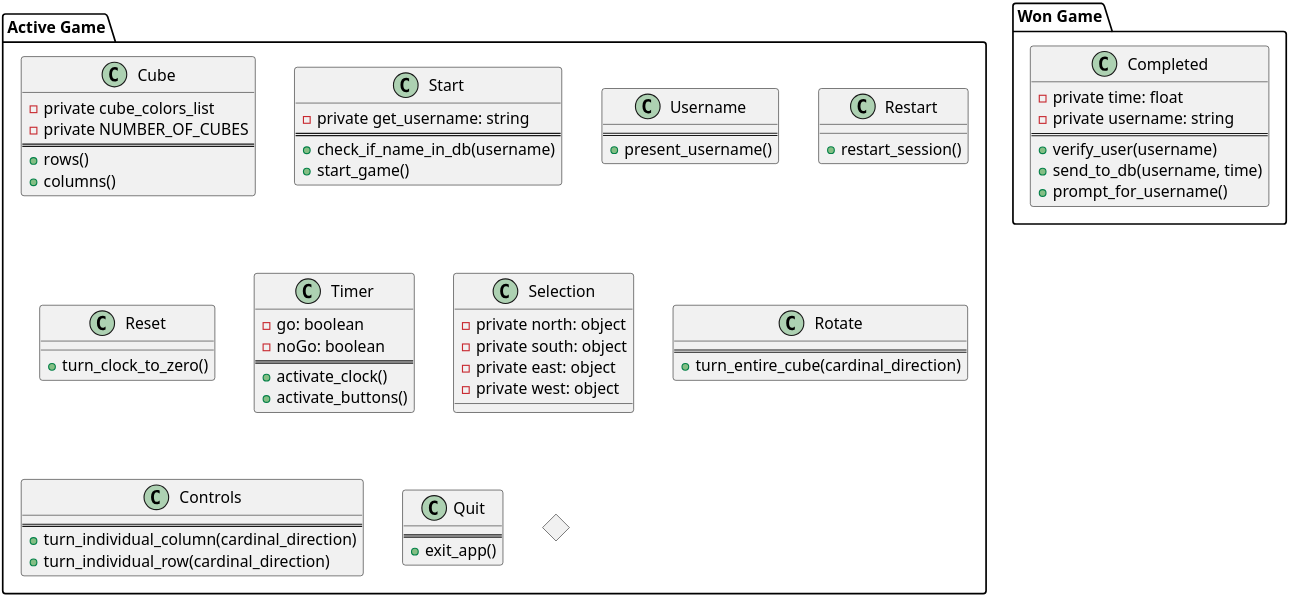
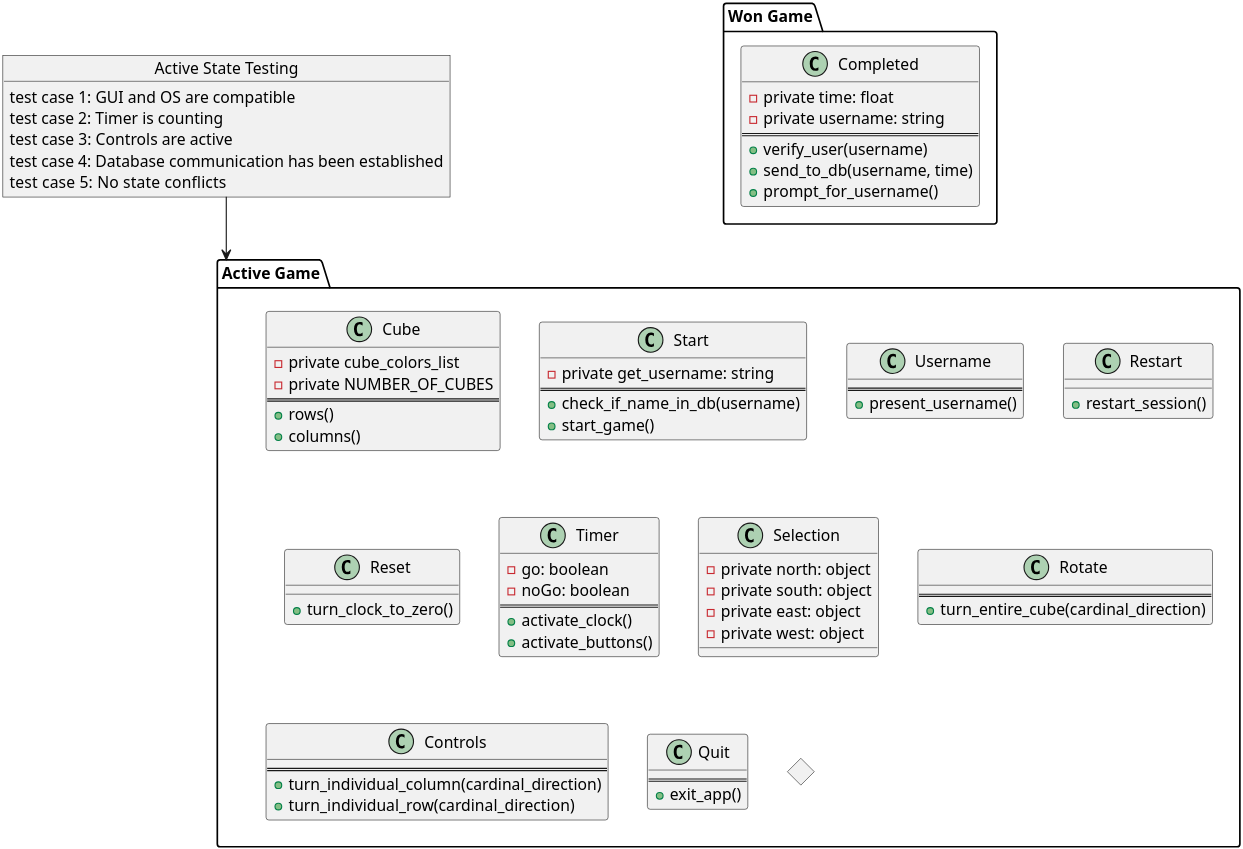
Before and after one commit to djhunter67/Softeare-Engineering-Rubiks-Cube: the third of 5 diagrams in rubiks_testing.org, drawn with PlantUML. The commit also changed other lines of this file and 12 other files, not shown here.

```diff
--- a/rubiks_testing.org
+++ b/rubiks_testing.org
@@ -198,73 +198,82 @@
 #+BEGIN_SRC plantuml :file game_testing.png
 
-         scale 600
+          scale 600
+        allowmixing
 
-         package "Active Game" as AG {
-            class Cube {
-                -private cube_colors_list
-                -private NUMBER_OF_CUBES
-   ==
-                 +rows()
-                     +columns()
-            }
-            class Start {
-            -private get_username: string	 
-            ==
-                +check_if_name_in_db(username)
-            +start_game()	
-            }
-            class Username {
-                ==
-            +present_username()
-            }  
-            class Restart {
-          +restart_session()
-            }
-            class Reset {
-          +turn_clock_to_zero()
-            }
-                class Timer {
-              -go: boolean
-                  -noGo: boolean
-            ==
-              +activate_clock()
-                  +activate_buttons()
-                }
-            class Selection {
-          -private north: object
-        -private south: object
-      -private east: object
-    -private west: object
-            }
-            class Rotate {
-          ==
-          +turn_entire_cube(cardinal_direction)
-            }
-            class Controls {
-          ==
-        +turn_individual_column(cardinal_direction)
-        +turn_individual_row(cardinal_direction)
-            }
-            class Quit {
-          ==
-        +exit_app()
-            }
-                 <> diamond
-   }
-           
-     package "Won Game" as WG {
-            class Completed {
-          -private time: float
-        -private username: string
-      ==
-    +verify_user(username)
-  +send_to_db(username, time)
-                   +prompt_for_username()
-            }
-          }
-     
+          package "Active Game" as AG {
+             class Cube {
+                 -private cube_colors_list
+                 -private NUMBER_OF_CUBES
+    ==
+                  +rows()
+                      +columns()
+             }
+             class Start {
+             -private get_username: string	 
+             ==
+                 +check_if_name_in_db(username)
+             +start_game()	
+             }
+             class Username {
+                 ==
+             +present_username()
+             }  
+             class Restart {
+           +restart_session()
+             }
+             class Reset {
+           +turn_clock_to_zero()
+             }
+                 class Timer {
+               -go: boolean
+                   -noGo: boolean
+             ==
+               +activate_clock()
+                   +activate_buttons()
+                 }
+             class Selection {
+           -private north: object
+         -private south: object
+       -private east: object
+     -private west: object
+             }
+             class Rotate {
+           ==
+           +turn_entire_cube(cardinal_direction)
+             }
+             class Controls {
+           ==
+         +turn_individual_column(cardinal_direction)
+         +turn_individual_row(cardinal_direction)
+             }
+             class Quit {
+           ==
+         +exit_app()
+             }
+                  <> diamond
+    }
 
+      package "Won Game" as WG {
+             class Completed {
+           -private time: float
+         -private username: string
+       ==
+     +verify_user(username)
+   +send_to_db(username, time)
+                    +prompt_for_username()
+             }
+           }
+
+  object "Active State Testing" as AS {
+       test case 1: GUI and OS are compatible
+       test case 2: Timer is counting
+       test case 3: Controls are active
+       test case 4: Database communication has been established
+       test case 5:  No state conflicts
+       }
+
+     AS --> AG
 
 
 
 #+END_SRC
```
